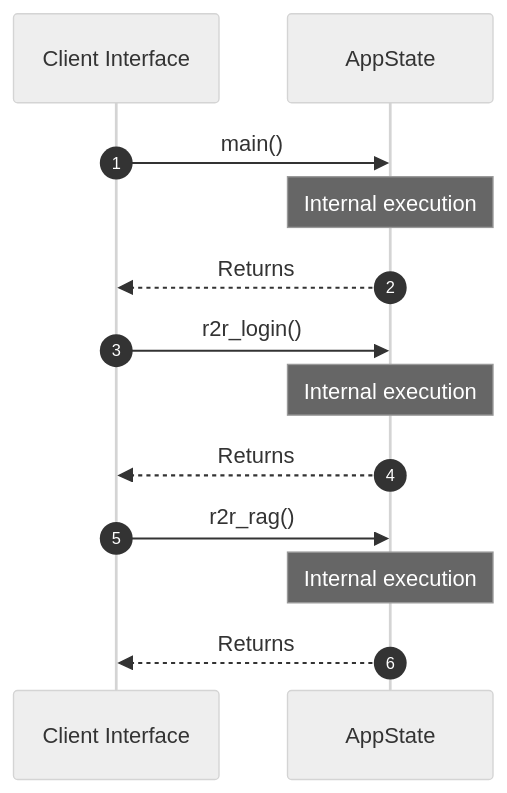
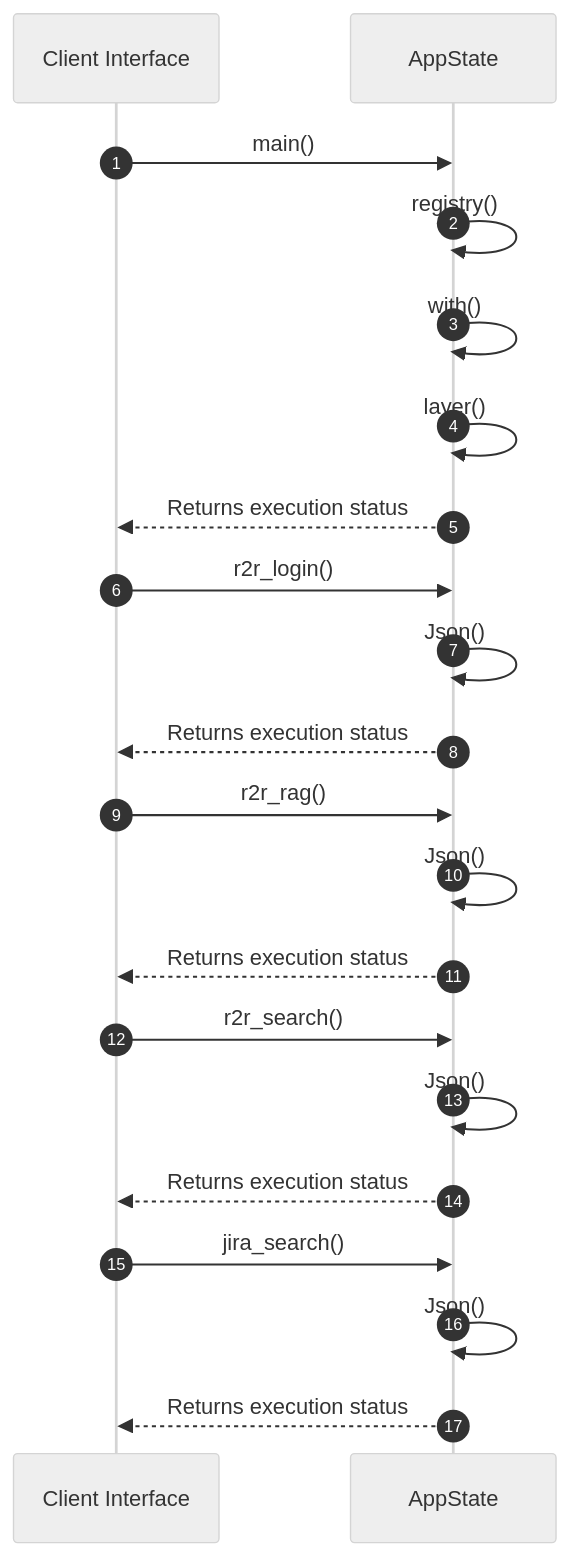
Before and after one commit to lgcorzo/fastapi-autogen-team: the second of 2 diagrams in openwiki/src/bin/mock_services.md, drawn with Mermaid (neutral theme). The commit also changed other lines of this file and 22 other files, not shown here.

````diff
--- a/openwiki/src/bin/mock_services.md
+++ b/openwiki/src/bin/mock_services.md
@@ -46,15 +47,23 @@
 ```mermaid
 sequenceDiagram
     autonumber
     participant Caller as Client Interface
     participant Svc as AppState
     Caller->>Svc: main()
-    Note over Svc: Internal execution
-    Svc-->>Caller: Returns
+    Svc->>Svc: registry()
+    Svc->>Svc: with()
+    Svc->>Svc: layer()
+    Svc-->>Caller: Returns execution status
     Caller->>Svc: r2r_login()
-    Note over Svc: Internal execution
-    Svc-->>Caller: Returns
+    Svc->>Svc: Json()
+    Svc-->>Caller: Returns execution status
     Caller->>Svc: r2r_rag()
-    Note over Svc: Internal execution
-    Svc-->>Caller: Returns
+    Svc->>Svc: Json()
+    Svc-->>Caller: Returns execution status
+    Caller->>Svc: r2r_search()
+    Svc->>Svc: Json()
+    Svc-->>Caller: Returns execution status
+    Caller->>Svc: jira_search()
+    Svc->>Svc: Json()
+    Svc-->>Caller: Returns execution status
 ```
````
